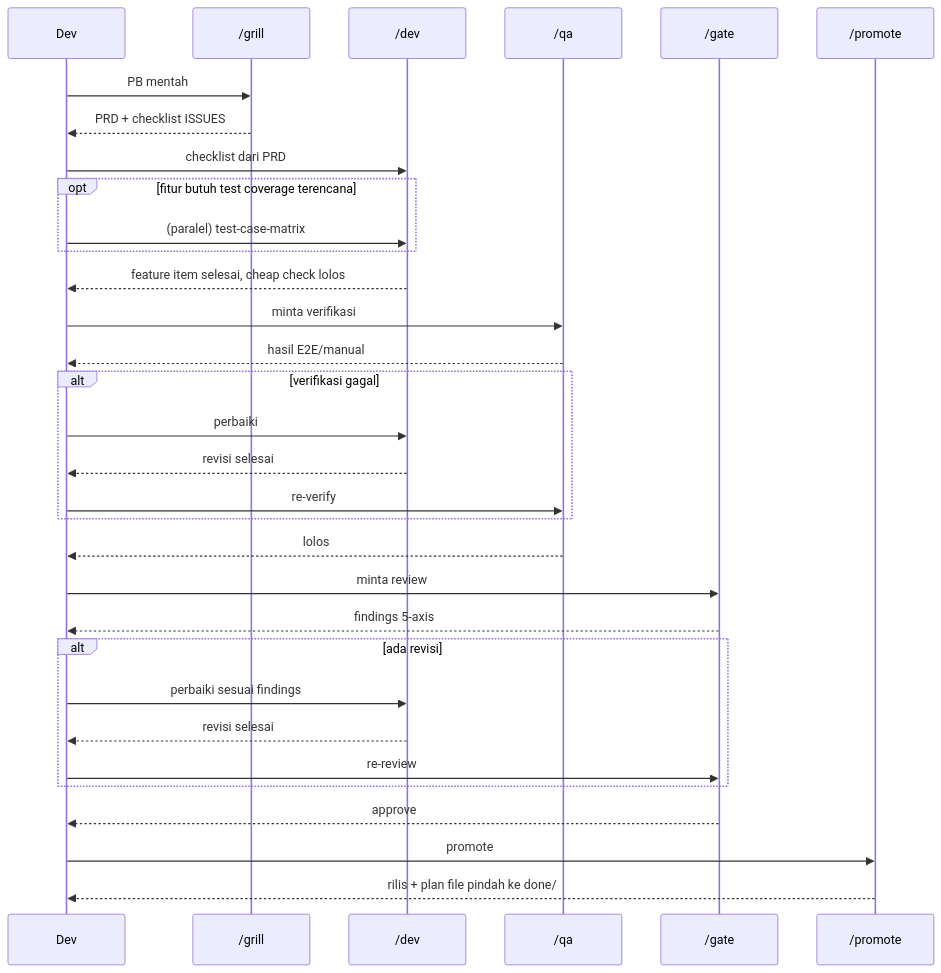
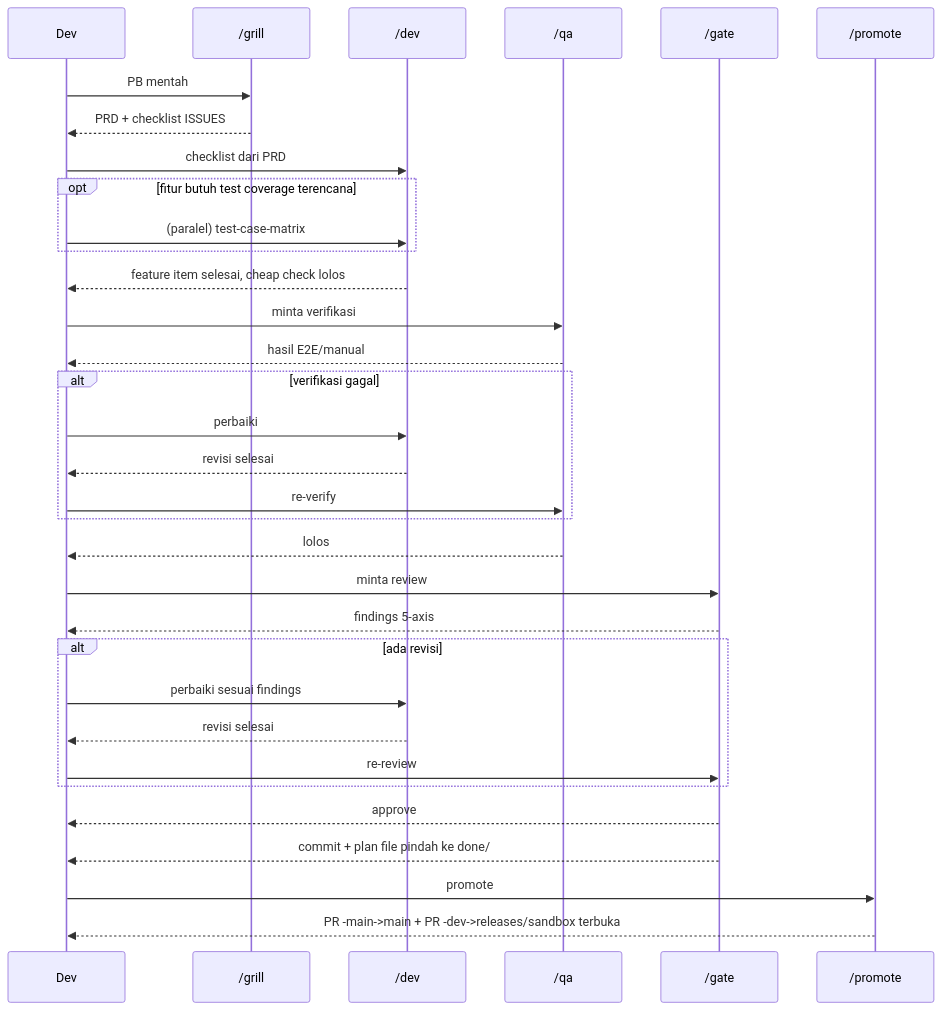
The second of 2 diagrams in guides/new-feature-flow.md (knittotextile/knitto-agent-skills), drawn with Mermaid before and after one commit. The commit also changed other lines of this file and 65 other files, not shown here.

````diff
--- a/guides/new-feature-flow.md
+++ b/guides/new-feature-flow.md
@@ -70,35 +89,36 @@
 ```mermaid
 sequenceDiagram
     participant Dev
     participant Grill as /grill
     participant Build as /dev
     participant QA as /qa
     participant Gate as /gate
     participant Ship as /promote
 
     Dev->>Grill: PB mentah
     Grill-->>Dev: PRD + checklist ISSUES
     Dev->>Build: checklist dari PRD
     opt fitur butuh test coverage terencana
         Dev->>Build: (paralel) test-case-matrix
     end
     Build-->>Dev: feature item selesai, cheap check lolos
     Dev->>QA: minta verifikasi
     QA-->>Dev: hasil E2E/manual
     alt verifikasi gagal
         Dev->>Build: perbaiki
         Build-->>Dev: revisi selesai
         Dev->>QA: re-verify
     end
     QA-->>Dev: lolos
     Dev->>Gate: minta review
     Gate-->>Dev: findings 5-axis
     alt ada revisi
         Dev->>Build: perbaiki sesuai findings
         Build-->>Dev: revisi selesai
         Dev->>Gate: re-review
     end
     Gate-->>Dev: approve
+    Gate-->>Dev: commit + plan file pindah ke done/
     Dev->>Ship: promote
-    Ship-->>Dev: rilis + plan file pindah ke done/
+    Ship-->>Dev: PR -main->main + PR -dev->releases/sandbox terbuka
 ```
````
